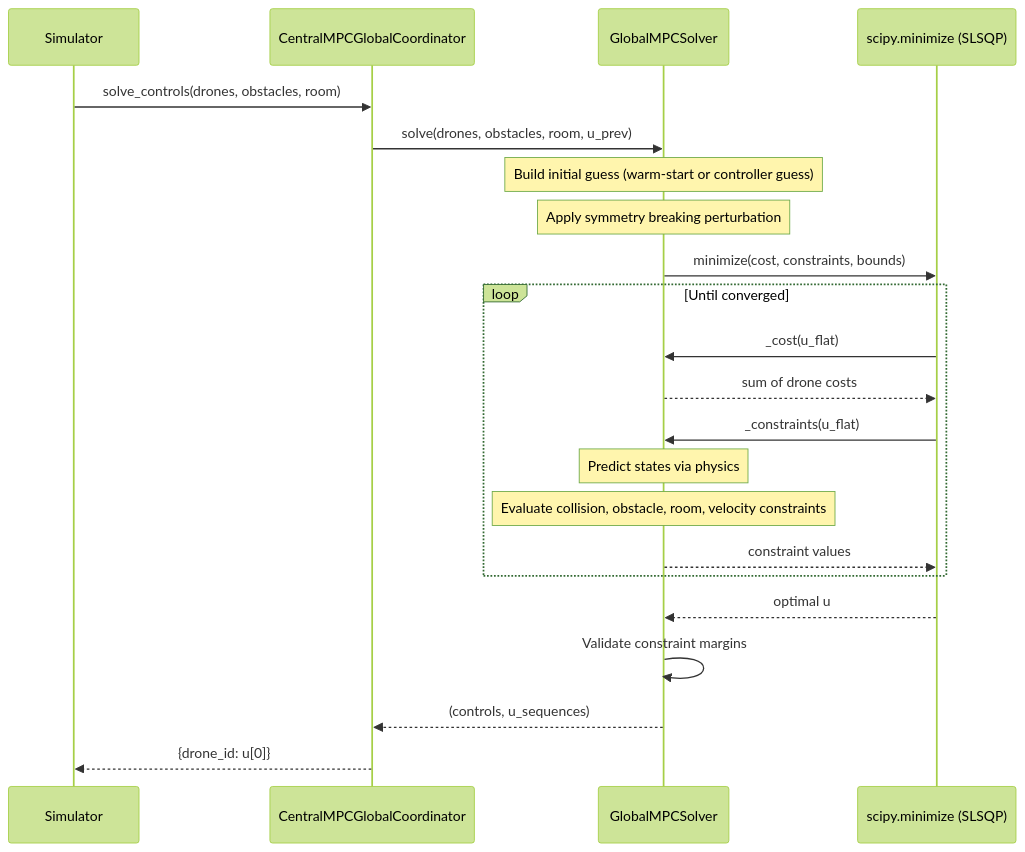
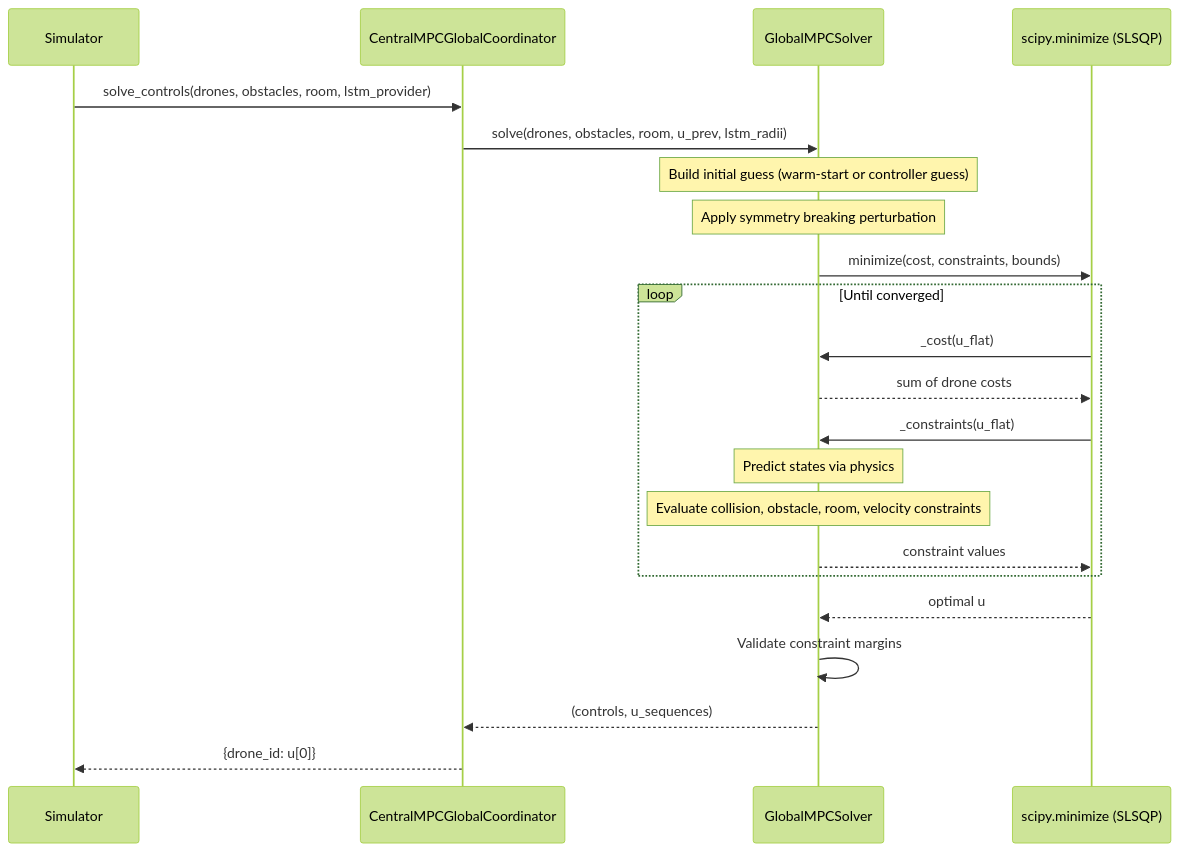
The third of 5 diagrams in doc/architecture.md (linda78/TLCAmpc), drawn with Mermaid (forest theme) before and after one commit. The commit also changed other lines of this file, not shown here.

Commit message:
make architecture more actual

````diff
--- a/doc/architecture.md
+++ b/doc/architecture.md
@@ -425,29 +557,29 @@
 ```mermaid
 sequenceDiagram
     participant S as Simulator
     participant C as CentralMPCGlobalCoordinator
     participant G as GlobalMPCSolver
     participant SLSQP as scipy.minimize (SLSQP)
-    
-    S->>C: solve_controls(drones, obstacles, room)
-    C->>G: solve(drones, obstacles, room, u_prev)
-    
+
+    S->>C: solve_controls(drones, obstacles, room, lstm_provider)
+    C->>G: solve(drones, obstacles, room, u_prev, lstm_radii)
+
     Note over G: Build initial guess (warm-start or controller guess)
     Note over G: Apply symmetry breaking perturbation
-    
+
     G->>SLSQP: minimize(cost, constraints, bounds)
-    
+
     loop Until converged
         SLSQP->>G: _cost(u_flat)
         G-->>SLSQP: sum of drone costs
         SLSQP->>G: _constraints(u_flat)
         Note over G: Predict states via physics
         Note over G: Evaluate collision, obstacle, room, velocity constraints
         G-->>SLSQP: constraint values
     end
-    
+
     SLSQP-->>G: optimal u
     G->>G: Validate constraint margins
     G-->>C: (controls, u_sequences)
     C-->>S: {drone_id: u[0]}
 ```
````
